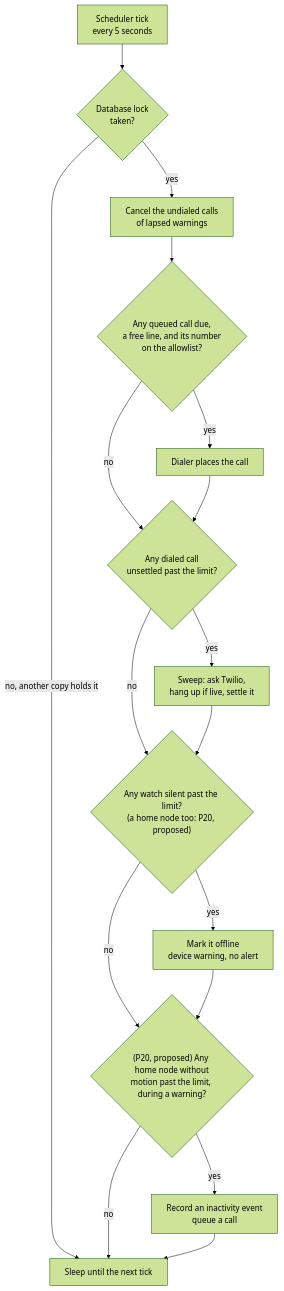
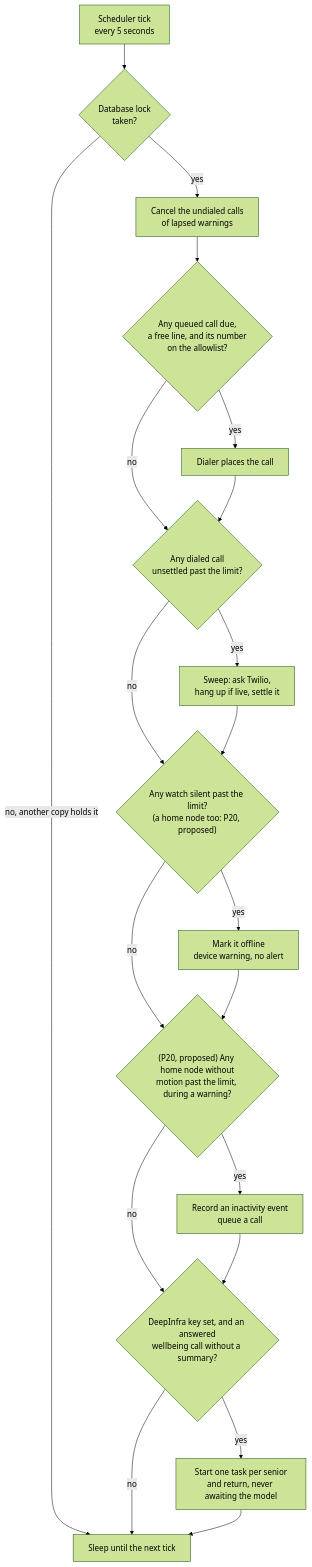
One commit to paulhondola/EchoCare changed the diagram in docs/specs/echocare/06-operations.md. Above: the diagram before and after it, drawn with Mermaid (forest theme).

Commit message:
docs: the summary step in the scheduler flowchart (#63, 06 §2)

````diff
--- a/docs/specs/echocare/06-operations.md
+++ b/docs/specs/echocare/06-operations.md
@@ -41,19 +41,22 @@
 ```mermaid
 flowchart TD
     TICK["Scheduler tick<br/>every 5 seconds"] --> LOCK{"Database lock<br/>taken?"}
     LOCK -->|"no, another copy holds it"| SLEEP["Sleep until the next tick"]
     LOCK -->|yes| LAPSE["Cancel the undialed calls<br/>of lapsed warnings"]
     LAPSE --> DUE{"Any queued call due,<br/>a free line, and its number<br/>on the allowlist?"}
     DUE -->|yes| PLACE["Dialer places the call"]
     DUE -->|no| STUCK
     PLACE --> STUCK{"Any dialed call<br/>unsettled past the limit?"}
     STUCK -->|yes| SWEEP["Sweep: ask Twilio,<br/>hang up if live, settle it"]
     STUCK -->|no| WD
     SWEEP --> WD{"Any watch silent past the limit?<br/>(a home node too: P20, proposed)"}
     WD -->|yes| OFF["Mark it offline<br/>device warning, no alert"]
     WD -->|no| NM
     OFF --> NM{"(P20, proposed) Any home node without<br/>motion past the limit, during a warning?"}
     NM -->|yes| INA["Record an inactivity event<br/>queue a call"]
-    NM -->|no| SLEEP
-    INA --> SLEEP
+    NM -->|no| SUM
+    INA --> SUM{"DeepInfra key set, and an answered<br/>wellbeing call without a summary?"}
+    SUM -->|yes| TASK["Start one task per senior<br/>and return, never awaiting the model"]
+    SUM -->|no| SLEEP
+    TASK --> SLEEP
 ```
````
